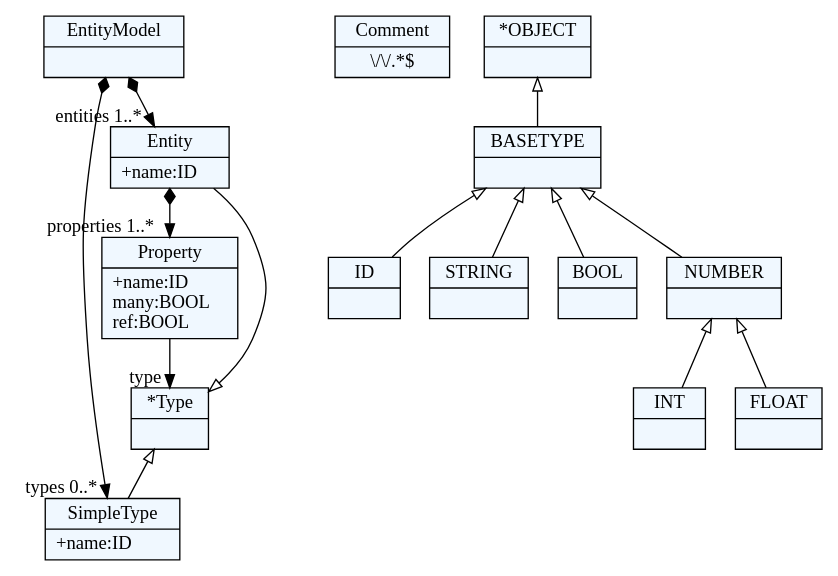
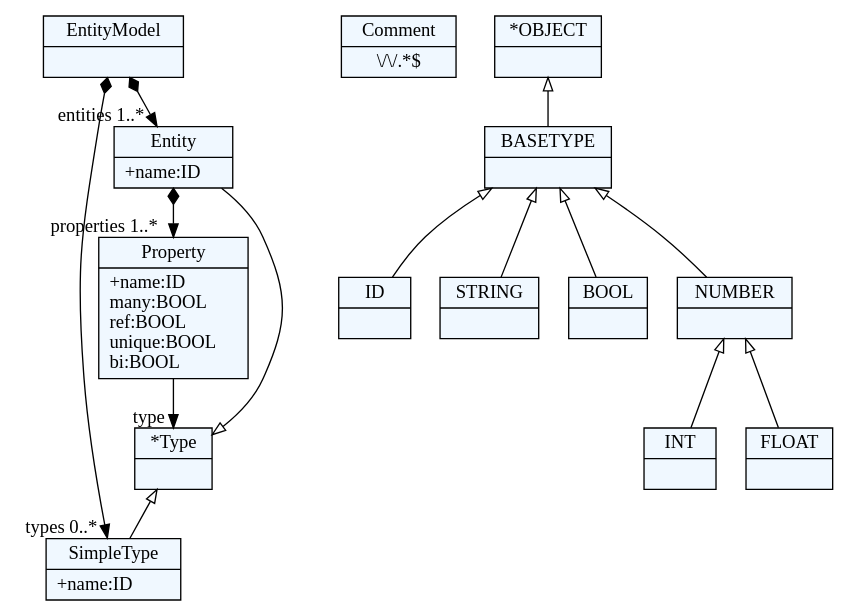
The diagram in pygen/dotexport/entity_meta.dot (odnodn/textgen), drawn with Graphviz before and after one commit. The commit also changed 32 other files, not shown here.

```diff
--- a/pygen/dotexport/entity_meta.dot
+++ b/pygen/dotexport/entity_meta.dot
@@ -1,56 +1,56 @@
 
     digraph xtext {
     fontname = "Bitstream Vera Sans"
     fontsize = 8
     node[
         shape=record,
         style=filled,
         fillcolor=aliceblue
     ]
     nodesep = 0.3
     edge[dir=black,arrowtail=empty]
 
 
-39151432 -> 39142936[arrowtail=diamond, dir=both, headlabel="types 0..*"]
-39151432 -> 39152376[arrowtail=diamond, dir=both, headlabel="entities 1..*"]
-39151432[ label="{EntityModel|}"]
+41386296 -> 41374648[arrowtail=diamond, dir=both, headlabel="types 0..*"]
+41386296 -> 41387240[arrowtail=diamond, dir=both, headlabel="entities 1..*"]
+41386296[ label="{EntityModel|}"]
 
-39152376 -> 39358200[arrowtail=diamond, dir=both, headlabel="properties 1..*"]
-39152376[ label="{Entity|+name:ID\l}"]
+41387240 -> 41388184[arrowtail=diamond, dir=both, headlabel="properties 1..*"]
+41387240[ label="{Entity|+name:ID\l}"]
 
-39358200 -> 39359144[headlabel="type "]
-39358200[ label="{Property|+name:ID\lmany:BOOL\lref:BOOL\l}"]
+41388184 -> 41389128[headlabel="type "]
+41388184[ label="{Property|+name:ID\lmany:BOOL\lref:BOOL\lunique:BOOL\lbi:BOOL\l}"]
 
-39359144[ label="{*Type|}"]
-39359144 -> 39142936 [dir=back]
-39359144 -> 39152376 [dir=back]
+41389128[ label="{*Type|}"]
+41389128 -> 41374648 [dir=back]
+41389128 -> 41387240 [dir=back]
 
-39142936[ label="{SimpleType|+name:ID\l}"]
+41374648[ label="{SimpleType|+name:ID\l}"]
 
-39360088[ label="{Comment|\\/\\/.*$}"]
+41390072[ label="{Comment|\\/\\/.*$}"]
 
-39143880[ label="{ID|}"]
+41375592[ label="{ID|}"]
 
-39144824[ label="{STRING|}"]
+41376536[ label="{STRING|}"]
 
-39145768[ label="{BOOL|}"]
+41377480[ label="{BOOL|}"]
 
-39146712[ label="{INT|}"]
+41378424[ label="{INT|}"]
 
-39147656[ label="{FLOAT|}"]
+41382520[ label="{FLOAT|}"]
 
-39148600[ label="{NUMBER|}"]
-39148600 -> 39147656 [dir=back]
-39148600 -> 39146712 [dir=back]
+41383464[ label="{NUMBER|}"]
+41383464 -> 41382520 [dir=back]
+41383464 -> 41378424 [dir=back]
 
-39149544[ label="{BASETYPE|}"]
-39149544 -> 39148600 [dir=back]
-39149544 -> 39145768 [dir=back]
-39149544 -> 39143880 [dir=back]
-39149544 -> 39144824 [dir=back]
+41384408[ label="{BASETYPE|}"]
+41384408 -> 41383464 [dir=back]
+41384408 -> 41377480 [dir=back]
+41384408 -> 41375592 [dir=back]
+41384408 -> 41376536 [dir=back]
 
-39150488[ label="{*OBJECT|}"]
-39150488 -> 39149544 [dir=back]
+41385352[ label="{*OBJECT|}"]
+41385352 -> 41384408 [dir=back]
 
 
 }
```
